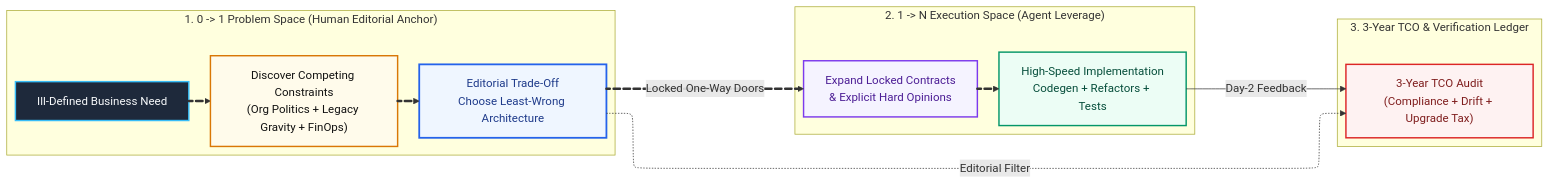
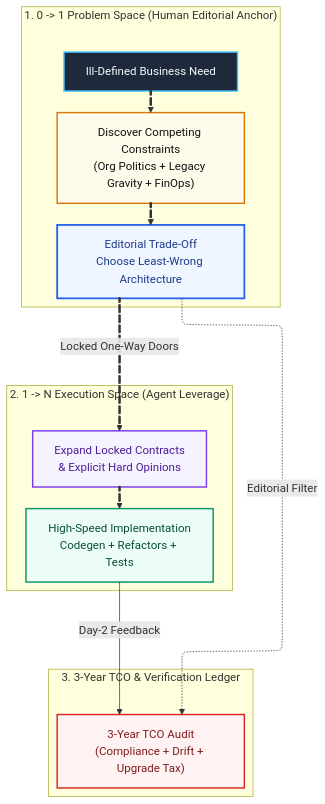
Before and after one commit to kumarshaz/kumarshaz.github.io: the first of 2 diagrams in src/content/blog/editorial-architecture-and-three-year-tco.md, drawn with Mermaid. The commit also changed 12 other files, not shown here.

Commit message:
feat(foundry): split reusable products into 3 articles and fix Mermaid v12 multi-diagram & dark mode rendering

````diff
--- a/src/content/blog/editorial-architecture-and-three-year-tco.md
+++ b/src/content/blog/editorial-architecture-and-three-year-tco.md
@@ -50,40 +50,40 @@
 ```mermaid
 ---
 config:
   layout: elk
 ---
-flowchart LR
+flowchart TB
     subgraph Zone01["1. 0 -> 1 Problem Space (Human Editorial Anchor)"]
         A["Ill-Defined Business Need"]:::intakeNode
         B["Discover Competing Constraints\n(Org Politics + Legacy Gravity + FinOps)"]:::gateNode
         C["Editorial Trade-Off\nChoose Least-Wrong Architecture"]:::accentNode
     end
 
     subgraph Zone1N["2. 1 -> N Execution Space (Agent Leverage)"]
         D["Expand Locked Contracts\n& Explicit Hard Opinions"]:::codeNode
         E["High-Speed Implementation\nCodegen + Refactors + Tests"]:::safeNode
     end
 
     subgraph ZoneTCO["3. 3-Year TCO & Verification Ledger"]
         F["3-Year TCO Audit\n(Compliance + Drift + Upgrade Tax)"]:::dangerNode
     end
 
     A e1@==> B
     B e2@==> C
     C e3@==>|"Locked One-Way Doors"| D
     D e4@==> E
     C e5@-.->|"Editorial Filter"| F
     E e6@-->|"Day-2 Feedback"| F
 
     e1@{ animate: true }
     e2@{ animate: true }
     e3@{ animate: true }
     e4@{ animate: true }
 
     classDef intakeNode fill:#1E293B,stroke:#38BDF8,stroke-width:2px,color:#F8FAFC
     classDef gateNode fill:#FFFBEB,stroke:#D97706,stroke-width:2px,color:#111111
     classDef accentNode fill:#EFF6FF,stroke:#2563EB,stroke-width:2.5px,color:#1E3A8A
     classDef codeNode fill:#F5F3FF,stroke:#7C3AED,stroke-width:2px,color:#4C1D95
     classDef safeNode fill:#ECFDF5,stroke:#059669,stroke-width:2px,color:#064E3B
     classDef dangerNode fill:#FEF2F2,stroke:#DC2626,stroke-width:2px,color:#7F1D1D
 ```
````
